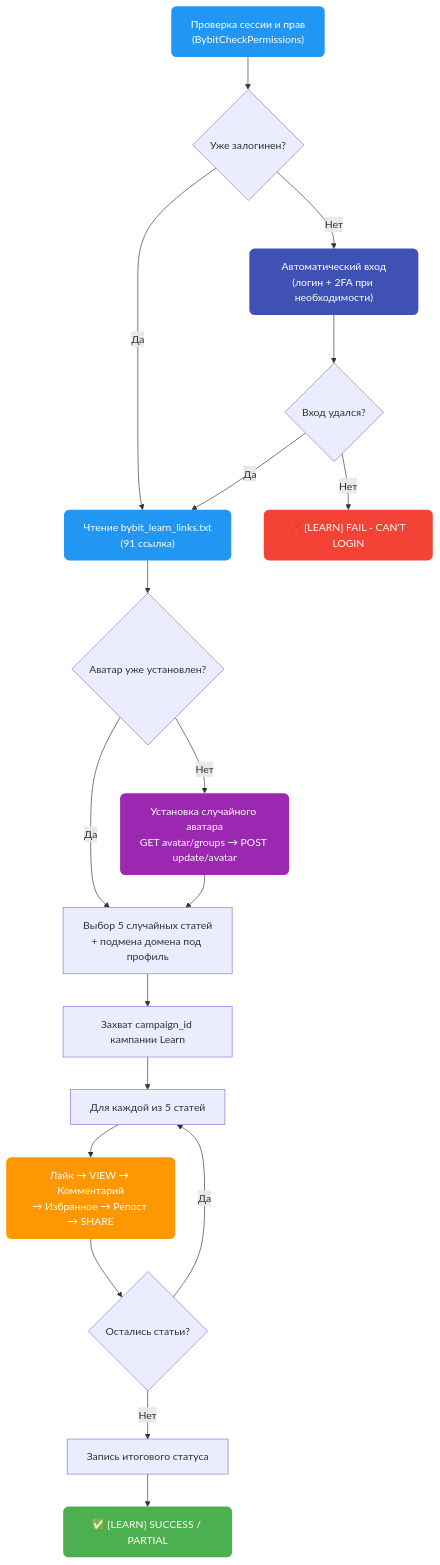
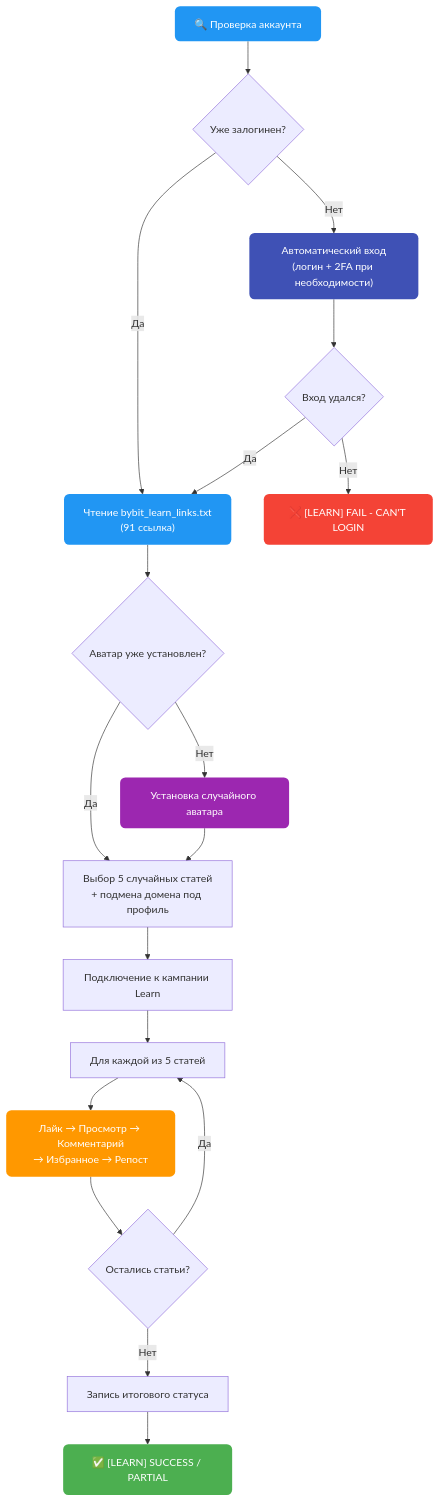
One commit to AutoPilotSoftware/docs changed diagram 11 of 13 in src/content/docs/exchanges/bybit-autopilot.md. Above: the diagram before and after it, drawn with Mermaid. The commit also changed other lines of this file and 2 other files, not shown here.

Commit message:
docs(bybit): simplify learn flow diagram
Remove internal implementation details from the learn section in all
three locales: function name in the entry node, request paths in the
avatar step, campaign id capture, and the raw VIEW/SHARE signal names.
Wording is now pilot-facing only.

````diff
--- a/src/content/docs/exchanges/bybit-autopilot.md
+++ b/src/content/docs/exchanges/bybit-autopilot.md
@@ -598,28 +598,28 @@
 ```mermaid
 flowchart TD
-    A["Проверка сессии и прав<br/>(BybitCheckPermissions)"] --> B{"Уже залогинен?"}
+    A["🔍 Проверка аккаунта"] --> B{"Уже залогинен?"}
     B -- "Да" --> C["Чтение bybit_learn_links.txt<br/>(91 ссылка)"]
     B -- "Нет" --> L["Автоматический вход<br/>(логин + 2FA при необходимости)"]
     L --> M{"Вход удался?"}
     M -- "Нет" --> X["❌ [LEARN] FAIL - CAN'T LOGIN"]
     M -- "Да" --> C
     C --> D{"Аватар уже установлен?"}
     D -- "Да" --> F["Выбор 5 случайных статей<br/>+ подмена домена под профиль"]
-    D -- "Нет" --> E["Установка случайного аватара<br/>GET avatar/groups → POST update/avatar"]
+    D -- "Нет" --> E["Установка случайного аватара"]
     E --> F
-    F --> G["Захват campaign_id кампании Learn"]
+    F --> G["Подключение к кампании Learn"]
     G --> H["Для каждой из 5 статей"]
-    H --> I["Лайк → VIEW → Комментарий<br/>→ Избранное → Репост → SHARE"]
+    H --> I["Лайк → Просмотр → Комментарий<br/>→ Избранное → Репост"]
     I --> J{"Остались статьи?"}
     J -- "Да" --> H
     J -- "Нет" --> K["Запись итогового статуса"]
     K --> S["✅ [LEARN] SUCCESS / PARTIAL"]
 
     style A fill:#2196F3,color:#fff,stroke:none,rx:8
     style C fill:#2196F3,color:#fff,stroke:none,rx:8
     style L fill:#3F51B5,color:#fff,stroke:none,rx:8
     style E fill:#9C27B0,color:#fff,stroke:none,rx:8
     style I fill:#FF9800,color:#fff,stroke:none,rx:8
     style S fill:#4CAF50,color:#fff,stroke:none,rx:8
     style X fill:#F44336,color:#fff,stroke:none,rx:8
 ```
````
